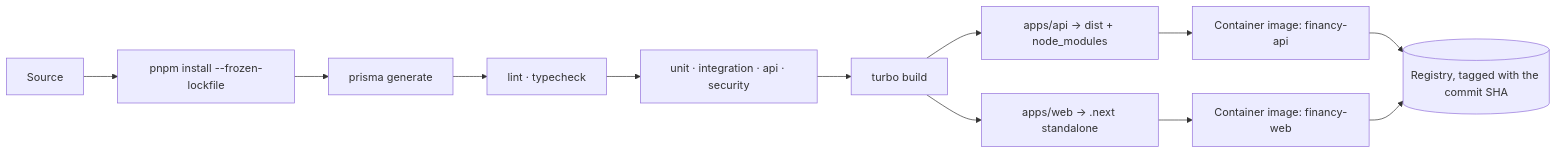
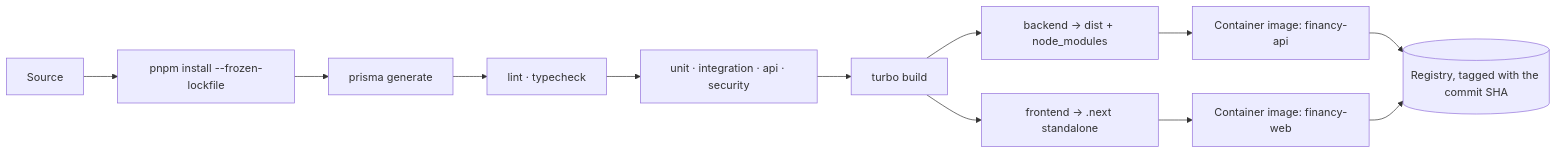
Before and after one commit to Fute-Services/financy: the first of 3 diagrams in docs/17-DEPLOYMENT.md, drawn with Mermaid. The commit also changed other lines of this file and 389 other files, not shown here.

````diff
--- a/docs/17-DEPLOYMENT.md
+++ b/docs/17-DEPLOYMENT.md
@@ -176,14 +176,14 @@
 ```mermaid
 graph LR
   SRC[Source] --> INST[pnpm install --frozen-lockfile]
   INST --> GEN[prisma generate]
   GEN --> LINT[lint · typecheck]
   LINT --> TEST[unit · integration · api · security]
   TEST --> BUILD[turbo build]
-  BUILD --> A1[apps/api → dist + node_modules]
-  BUILD --> A2[apps/web → .next standalone]
+  BUILD --> A1[backend → dist + node_modules]
+  BUILD --> A2[frontend → .next standalone]
   A1 --> IMG1[Container image: financy-api]
   A2 --> IMG2[Container image: financy-web]
   IMG1 --> REG[(Registry, tagged with the commit SHA)]
   IMG2 --> REG
 ```
````
